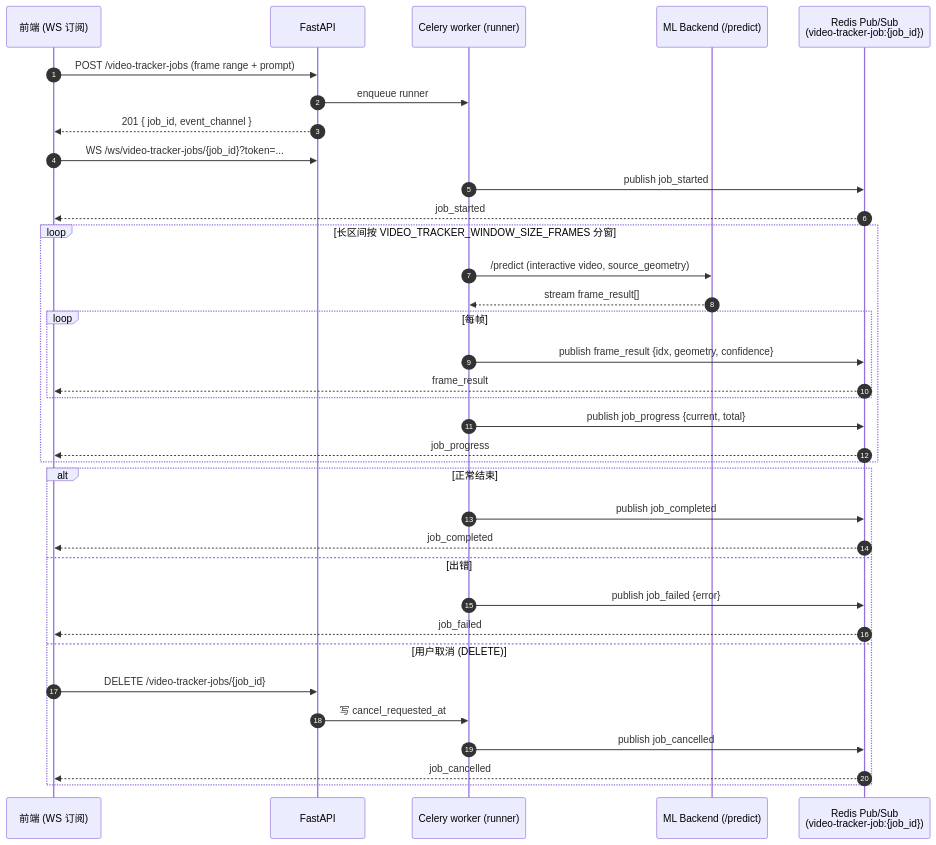
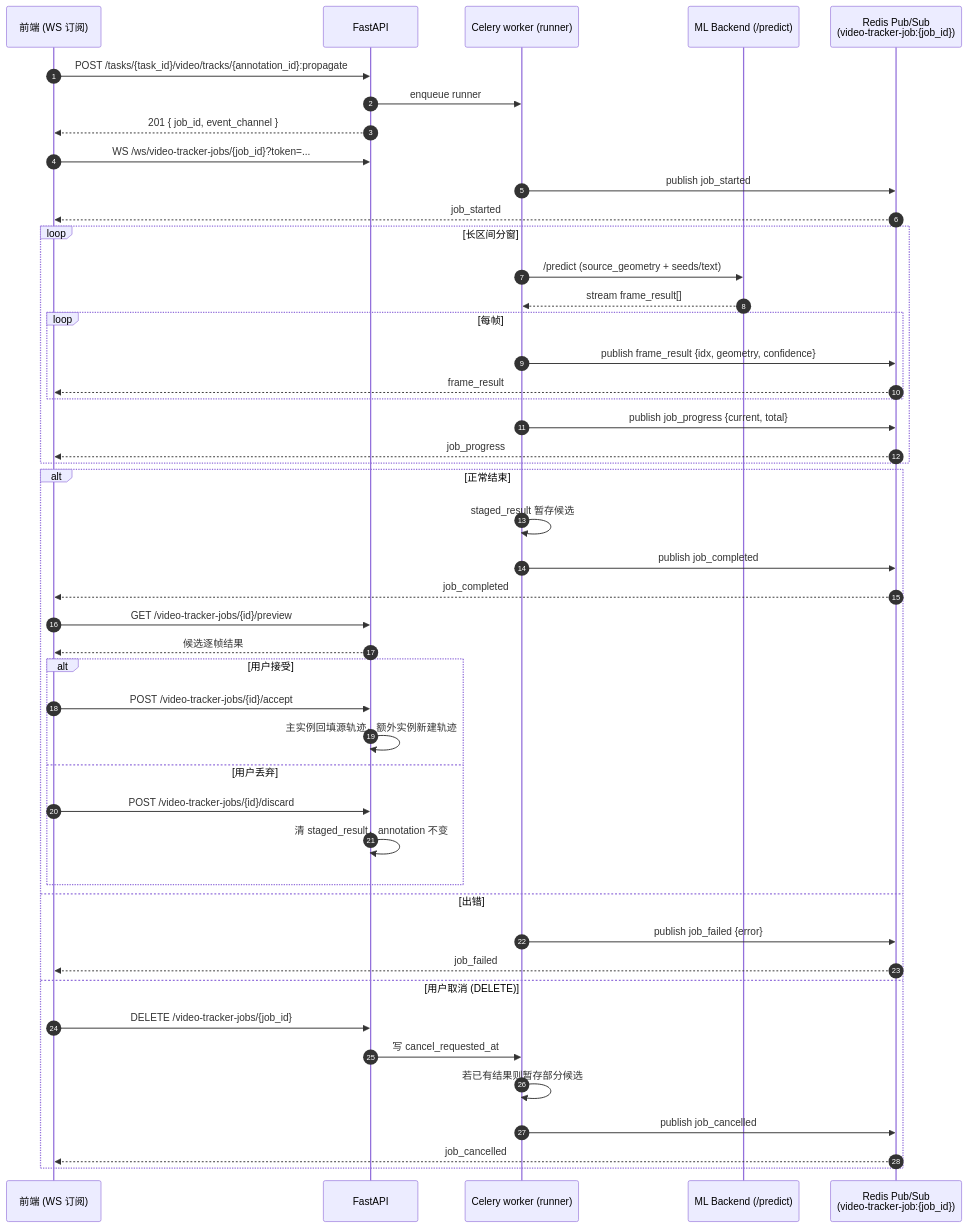
Before and after one commit to yyq19990828/ai-annotation-platform: the second of 2 diagrams in docs-site/dev/reference/video-frame-service.md, drawn with Mermaid. The commit also changed other lines of this file and 53 other files, not shown here.

Commit message:
fix: harden video tracker review flow and sync docs

````diff
--- a/docs-site/dev/reference/video-frame-service.md
+++ b/docs-site/dev/reference/video-frame-service.md
@@ -269,40 +292,51 @@
 ```mermaid
 sequenceDiagram
     autonumber
     participant FE as 前端 (WS 订阅)
     participant API as FastAPI
     participant W as Celery worker (runner)
     participant ML as ML Backend (/predict)
     participant Pub as Redis Pub/Sub<br/>(video-tracker-job:{job_id})
 
-    FE->>API: POST /video-tracker-jobs (frame range + prompt)
+    FE->>API: POST /tasks/{task_id}/video/tracks/{annotation_id}:propagate
     API->>W: enqueue runner
     API-->>FE: 201 { job_id, event_channel }
     FE->>API: WS /ws/video-tracker-jobs/{job_id}?token=...
     W->>Pub: publish job_started
     Pub-->>FE: job_started
 
-    loop 长区间按 VIDEO_TRACKER_WINDOW_SIZE_FRAMES 分窗
-        W->>ML: /predict (interactive video, source_geometry)
+    loop 长区间分窗
+        W->>ML: /predict (source_geometry + seeds/text)
         ML-->>W: stream frame_result[]
         loop 每帧
             W->>Pub: publish frame_result {idx, geometry, confidence}
             Pub-->>FE: frame_result
         end
         W->>Pub: publish job_progress {current, total}
         Pub-->>FE: job_progress
     end
 
     alt 正常结束
+        W->>W: staged_result 暂存候选
         W->>Pub: publish job_completed
         Pub-->>FE: job_completed
+        FE->>API: GET /video-tracker-jobs/{id}/preview
+        API-->>FE: 候选逐帧结果
+        alt 用户接受
+            FE->>API: POST /video-tracker-jobs/{id}/accept
+            API->>API: 主实例回填源轨迹，额外实例新建轨迹
+        else 用户丢弃
+            FE->>API: POST /video-tracker-jobs/{id}/discard
+            API->>API: 清 staged_result，annotation 不变
+        end
     else 出错
         W->>Pub: publish job_failed {error}
         Pub-->>FE: job_failed
     else 用户取消 (DELETE)
         FE->>API: DELETE /video-tracker-jobs/{job_id}
         API->>W: 写 cancel_requested_at
+        W->>W: 若已有结果则暂存部分候选
         W->>Pub: publish job_cancelled
         Pub-->>FE: job_cancelled
     end
 ```
````
